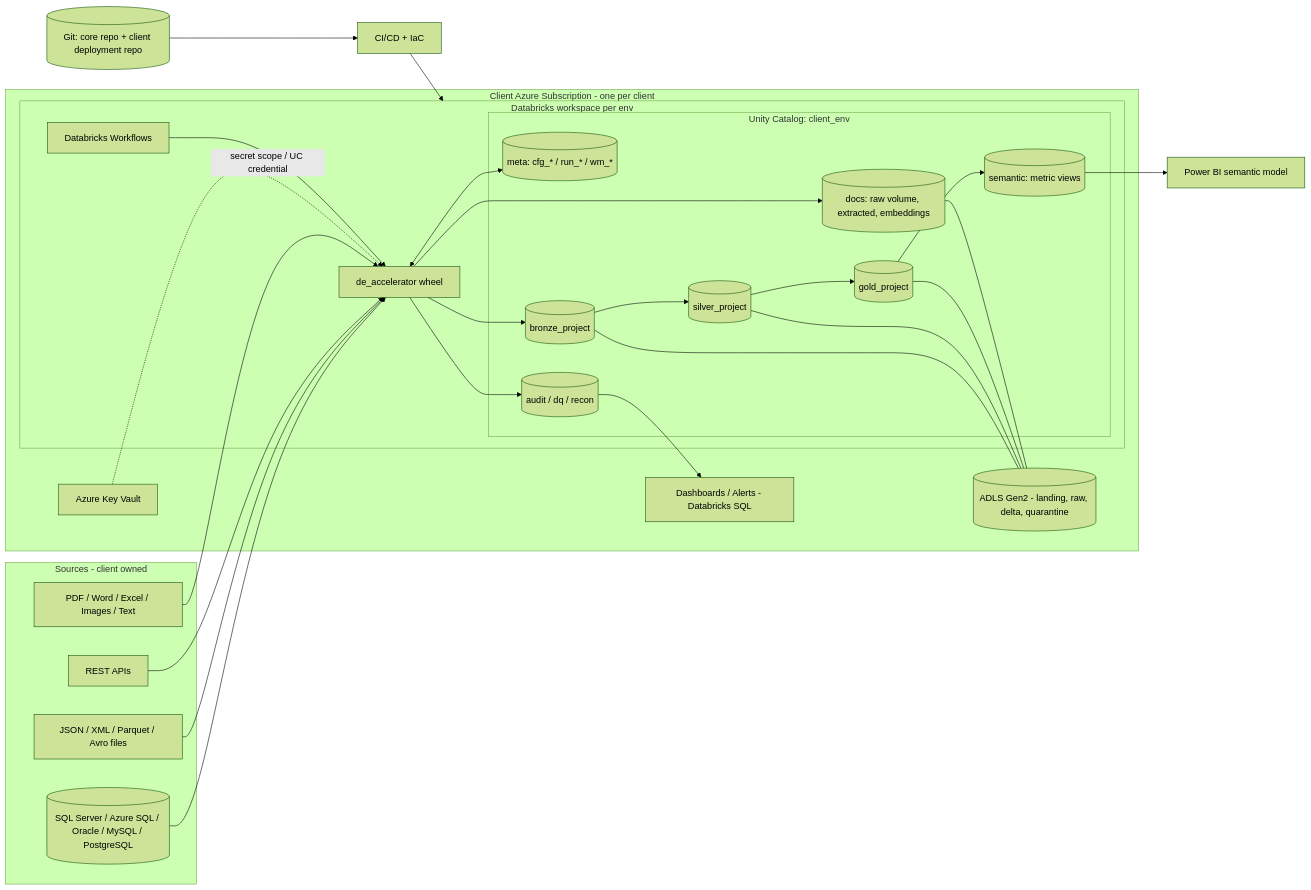
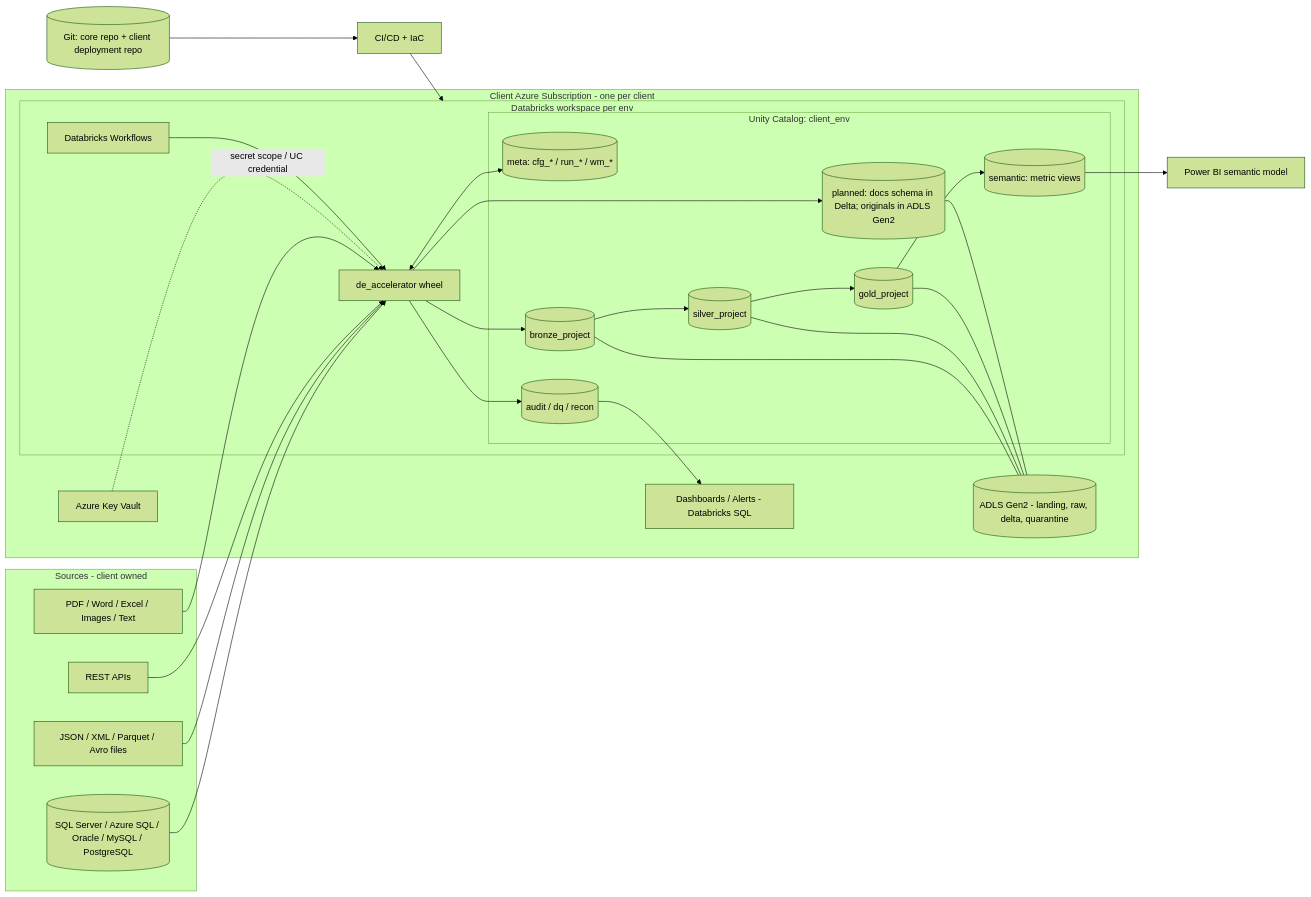
Before and after one commit to renu-architect/de-accelerator: the first of 3 diagrams in docs/architecture/01_architecture_overview.md, drawn with Mermaid (forest theme). The commit also changed 106 other files, not shown here.

````diff
--- a/docs/architecture/01_architecture_overview.md
+++ b/docs/architecture/01_architecture_overview.md
@@ -28,42 +28,42 @@
 ```mermaid
 flowchart LR
   subgraph SRC[Sources - client owned]
     S1[(SQL Server / Azure SQL / Oracle / MySQL / PostgreSQL)]
     S2[JSON / XML / Parquet / Avro files]
     S3[REST APIs]
     S4[PDF / Word / Excel / Images / Text]
   end
 
   subgraph CLIENT[Client Azure Subscription - one per client]
     KV[Azure Key Vault]
     subgraph DBX[Databricks workspace per env]
       WF[Databricks Workflows]
       FW[de_accelerator wheel]
       subgraph UC[Unity Catalog: client_env]
         META[(meta: cfg_* / run_* / wm_*)]
         BR[(bronze_project)]
         SI[(silver_project)]
         GO[(gold_project)]
         AUD[(audit / dq / recon)]
-        DOC[(docs: raw volume, extracted, embeddings)]
+        DOC[(planned: docs schema in Delta; originals in ADLS Gen2)]
         SEM[(semantic: metric views)]
       end
     end
     ADLS[(ADLS Gen2 - landing, raw, delta, quarantine)]
     MON[Dashboards / Alerts - Databricks SQL]
   end
   PBI[Power BI semantic model]
   GIT[(Git: core repo + client deployment repo)]
   CICD[CI/CD + IaC]
 
   S1 & S2 & S3 --> FW
   S4 --> FW
   KV -. secret scope / UC credential .-> FW
   WF --> FW
   FW <--> META
   FW --> BR --> SI --> GO --> SEM --> PBI
   FW --> AUD --> MON
   FW --> DOC
   BR & SI & GO & DOC --- ADLS
   GIT --> CICD --> DBX
 ```
````
